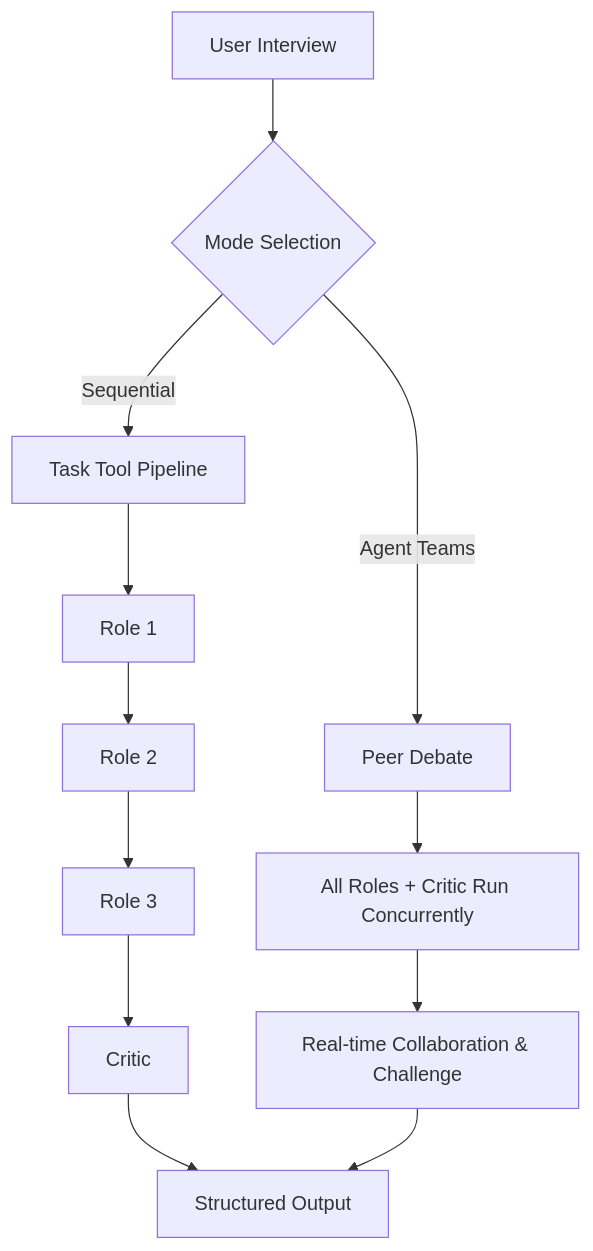
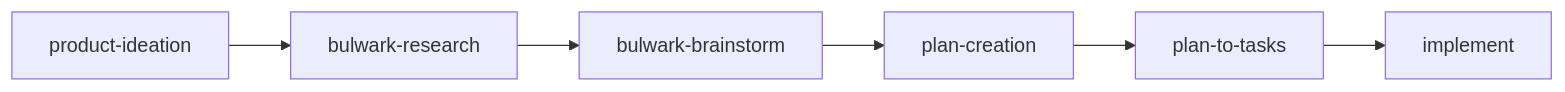
The second of 5 diagrams in README.md (QBall-Inc/the-bulwark), drawn with Mermaid before and after one commit. The commit also changed other lines of this file and 16 other files, not shown here.

````diff
--- a/README.md
+++ b/README.md
@@ -216,11 +102,4 @@
 ```mermaid
-flowchart TD
-    A[User Interview] --> B{Mode Selection}
-    B -->|Sequential| C[Task Tool Pipeline]
-    C --> C1[Role 1] --> C2[Role 2] --> C3[Role 3] --> C4[Critic]
-    C4 --> E[Structured Output]
-    B -->|Agent Teams| D[Peer Debate]
-    D --> D1[All Roles + Critic Run Concurrently]
-    D1 --> D2[Real-time Collaboration & Challenge]
-    D2 --> E
+flowchart LR
+    A[product-ideation] --> B[bulwark-research] --> C[bulwark-brainstorm] --> D[plan-creation] --> E[plan-to-tasks] --> F[implement]
 ```
````
